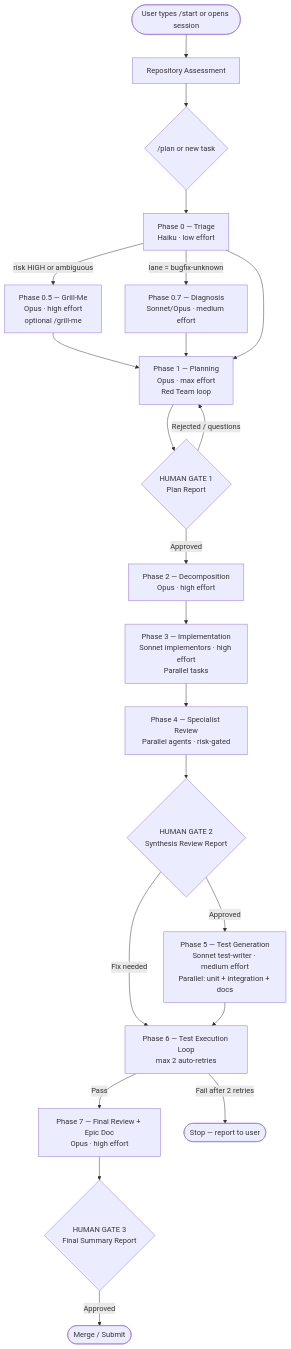
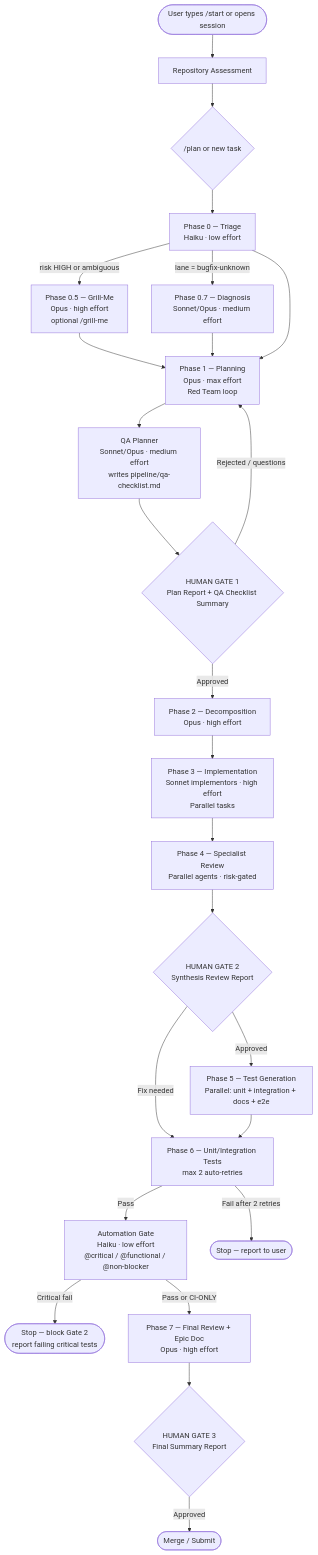
Before and after one commit to RahulSunnyCS/sentryfront: the first of 14 diagrams in docs/CLAUDE_WORKFLOW.md, drawn with Mermaid. The commit also changed other lines of this file and 4 other files, not shown here.

````diff
--- a/docs/CLAUDE_WORKFLOW.md
+++ b/docs/CLAUDE_WORKFLOW.md
@@ -42,24 +48,27 @@
 ```mermaid
 flowchart TD
     A([User types /start or opens session]) --> B[Repository Assessment]
     B --> C{/plan or new task}
     C --> D0[Phase 0 — Triage\nHaiku · low effort]
     D0 -->|risk HIGH or ambiguous| D05[Phase 0.5 — Grill-Me\nOpus · high effort\noptional /grill-me]
     D0 -->|lane = bugfix-unknown| D07[Phase 0.7 — Diagnosis\nSonnet/Opus · medium effort]
     D05 --> D1
     D07 --> D1
     D0 --> D1[Phase 1 — Planning\nOpus · max effort\nRed Team loop]
-    D1 --> G1{HUMAN GATE 1\nPlan Report}
+    D1 --> QAP[QA Planner\nSonnet/Opus · medium effort\nwrites pipeline/qa-checklist.md]
+    QAP --> G1{HUMAN GATE 1\nPlan Report + QA Checklist Summary}
     G1 -->|Approved| D2[Phase 2 — Decomposition\nOpus · high effort]
     G1 -->|Rejected / questions| D1
     D2 --> D3[Phase 3 — Implementation\nSonnet implementors · high effort\nParallel tasks]
     D3 --> D4[Phase 4 — Specialist Review\nParallel agents · risk-gated]
     D4 --> G2{HUMAN GATE 2\nSynthesis Review Report}
-    G2 -->|Approved| D5[Phase 5 — Test Generation\nSonnet test-writer · medium effort\nParallel: unit + integration + docs]
+    G2 -->|Approved| D5[Phase 5 — Test Generation\nParallel: unit + integration + docs + e2e]
     G2 -->|Fix needed| D6
-    D5 --> D6[Phase 6 — Test Execution Loop\nmax 2 auto-retries]
-    D6 -->|Pass| D7[Phase 7 — Final Review + Epic Doc\nOpus · high effort]
+    D5 --> D6[Phase 6 — Unit/Integration Tests\nmax 2 auto-retries]
+    D6 -->|Pass| AG[Automation Gate\nHaiku · low effort\n@critical / @functional / @non-blocker]
+    AG -->|Critical fail| STOP2([Stop — block Gate 2\nreport failing critical tests])
+    AG -->|Pass or CI-ONLY| D7[Phase 7 — Final Review + Epic Doc\nOpus · high effort]
     D6 -->|Fail after 2 retries| STOP([Stop — report to user])
     D7 --> G3{HUMAN GATE 3\nFinal Summary Report}
     G3 -->|Approved| MERGE([Merge / Submit])
 ```
````
